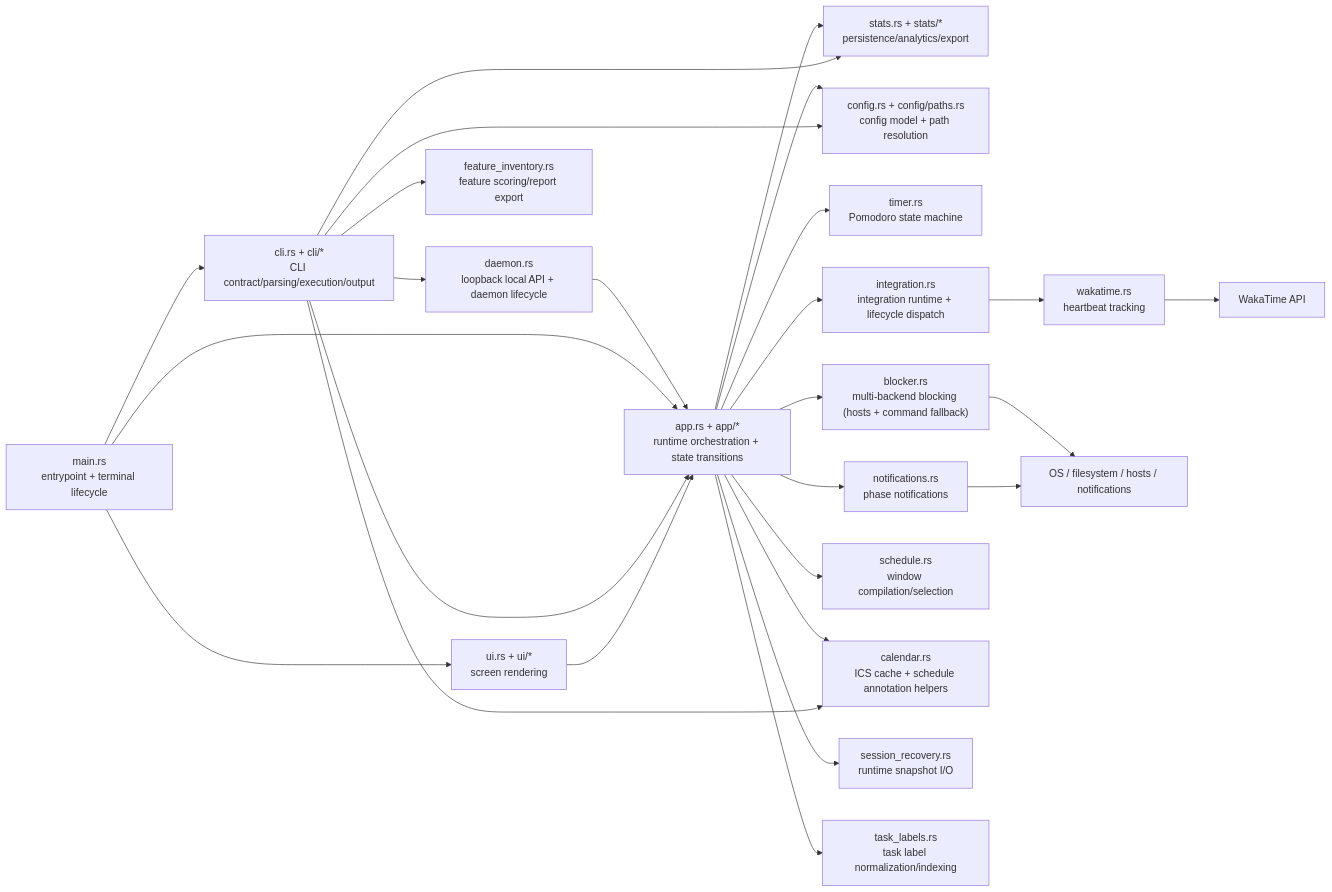
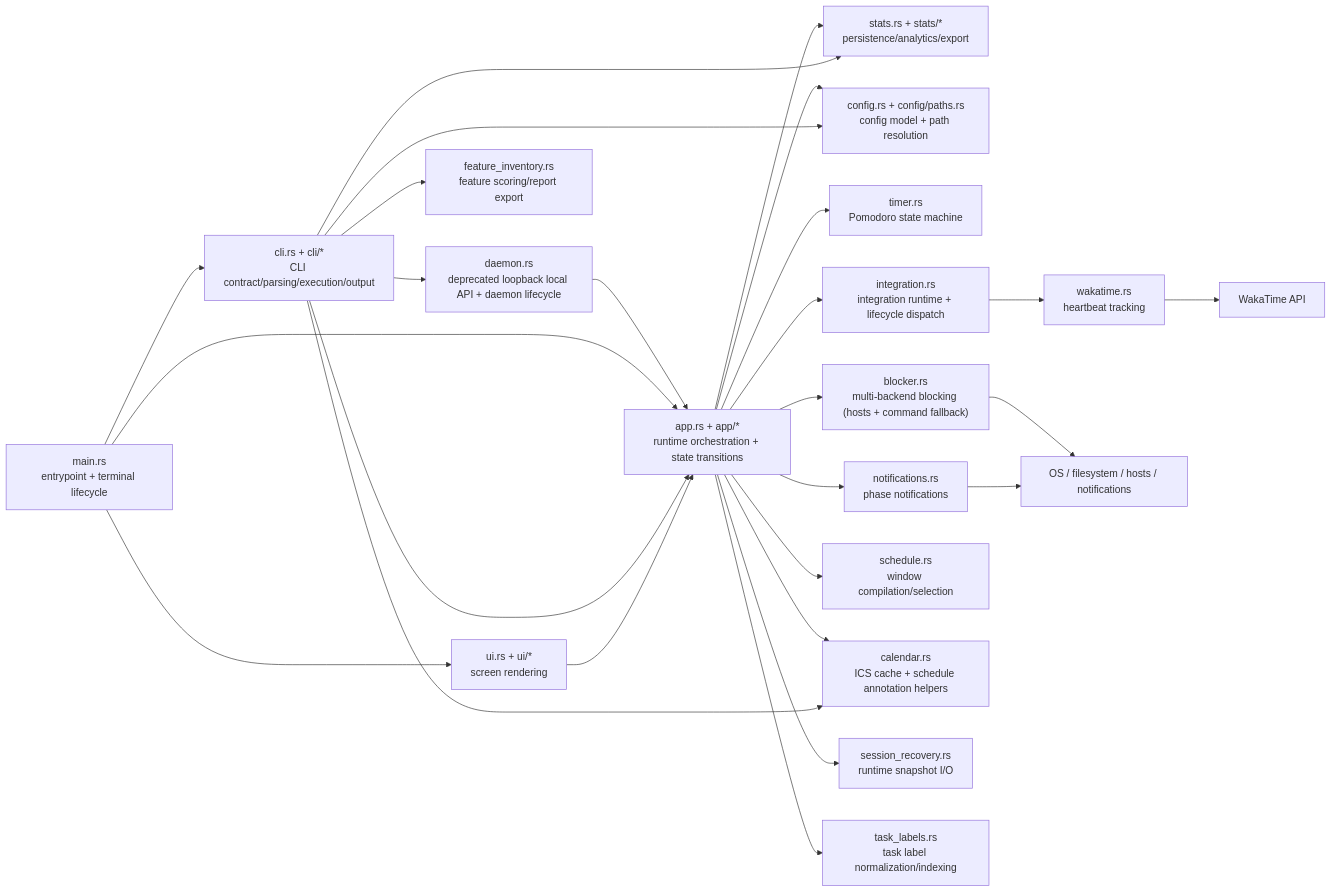
The first of 2 diagrams in ARCHITECTURE.md (utilForever/focustime), drawn with Mermaid before and after one commit. The commit also changed other lines of this file and 4 other files, not shown here.

Commit message:
docs: document daemon API retirement path

````diff
--- a/ARCHITECTURE.md
+++ b/ARCHITECTURE.md
@@ -10,48 +10,48 @@
 ```mermaid
 flowchart LR
     M["main.rs<br/>entrypoint + terminal lifecycle"]
     CLI["cli.rs + cli/*<br/>CLI contract/parsing/execution/output"]
-    DAE["daemon.rs<br/>loopback local API + daemon lifecycle"]
+    DAE["daemon.rs<br/>deprecated loopback local API + daemon lifecycle"]
     APP["app.rs + app/*<br/>runtime orchestration + state transitions"]
     UI["ui.rs + ui/*<br/>screen rendering"]
     ST["stats.rs + stats/*<br/>persistence/analytics/export"]
     FI["feature_inventory.rs<br/>feature scoring/report export"]
     CFG["config.rs + config/paths.rs<br/>config model + path resolution"]
     TM["timer.rs<br/>Pomodoro state machine"]
     BL["blocker.rs<br/>multi-backend blocking (hosts + command fallback)"]
     IG["integration.rs<br/>integration runtime + lifecycle dispatch"]
     WK["wakatime.rs<br/>heartbeat tracking"]
     NT["notifications.rs<br/>phase notifications"]
     SCH["schedule.rs<br/>window compilation/selection"]
     CAL["calendar.rs<br/>ICS cache + schedule annotation helpers"]
     REC["session_recovery.rs<br/>runtime snapshot I/O"]
     TL["task_labels.rs<br/>task label normalization/indexing"]
     OS["OS / filesystem / hosts / notifications"]
     API["WakaTime API"]
 
     M --> CLI
     CLI --> DAE
     DAE --> APP
     M --> APP
     M --> UI
     APP --> CFG
     APP --> TM
     APP --> BL
     APP --> IG
     IG --> WK
     APP --> NT
     APP --> SCH
     APP --> CAL
     APP --> ST
     APP --> TL
     APP --> REC
     CLI --> APP
     CLI --> CFG
     CLI --> CAL
     CLI --> ST
     CLI --> FI
     UI --> APP
     BL --> OS
     NT --> OS
     WK --> API
 ```
````
